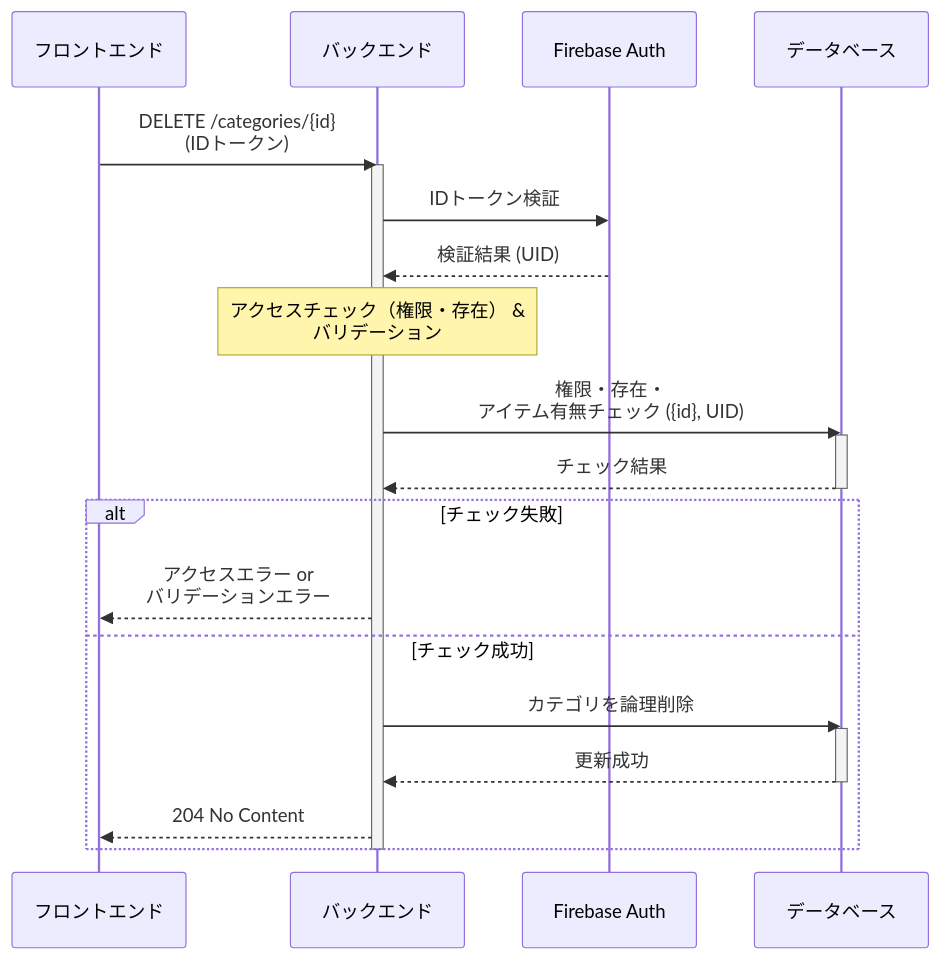
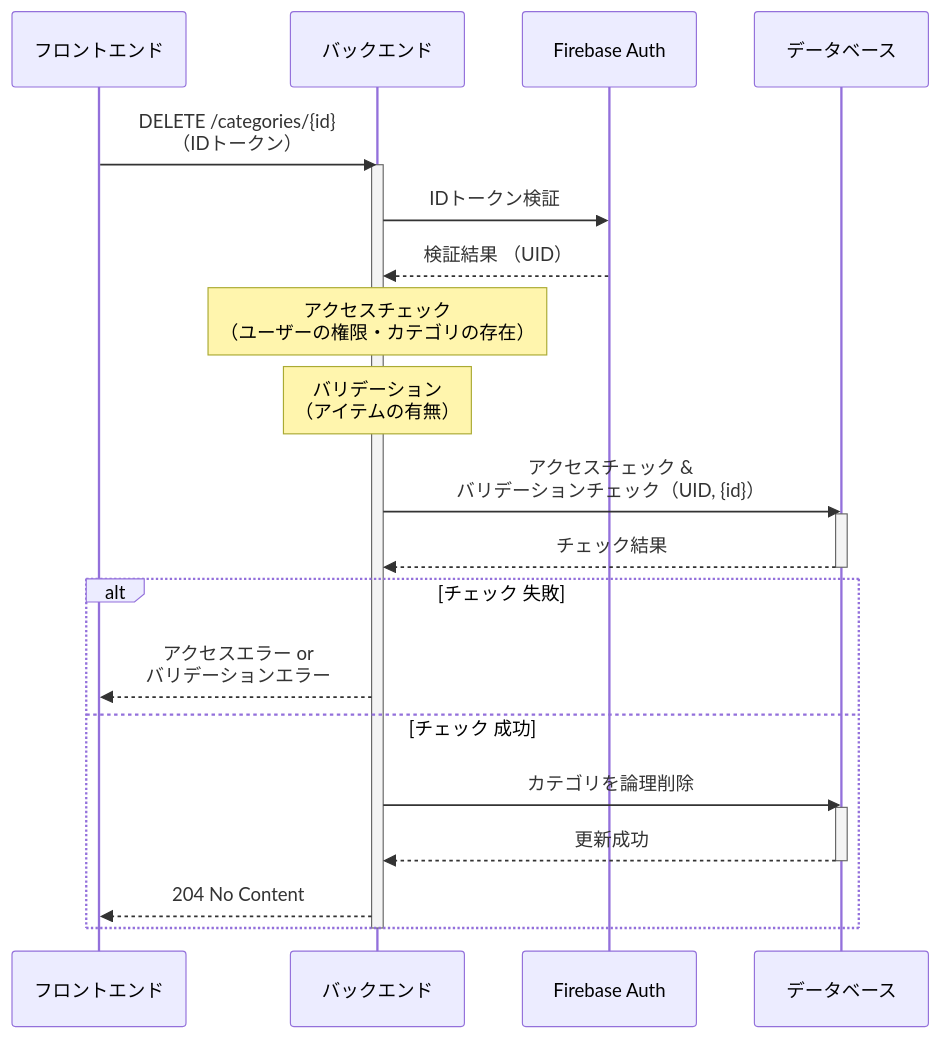
The fifth of 9 diagrams in doc/seaquence.md (miki-hayashi-71/inventory-api), drawn with Mermaid before and after one commit. The commit also changed other lines of this file, not shown here.

Commit message:
docs: Revise sequence diagram to clarify subjects and improve layout

````diff
--- a/doc/seaquence.md
+++ b/doc/seaquence.md
@@ -142,30 +137,31 @@
 ```mermaid
 sequenceDiagram
     participant フロントエンド
     participant バックエンド
     participant Firebase Auth
     participant データベース
 
-    フロントエンド->>バックエンド: DELETE /categories/{id} <br> (IDトークン)
+    フロントエンド->>バックエンド: DELETE /categories/{id} <br>（IDトークン）
     activate バックエンド
     バックエンド->>Firebase Auth: IDトークン検証
-    Firebase Auth-->>バックエンド: 検証結果 (UID)
+    Firebase Auth-->>バックエンド: 検証結果 （UID）
 
-    note over バックエンド: アクセスチェック（権限・存在） & <br> バリデーション
-    バックエンド->>データベース: 権限・存在・ <br> アイテム有無チェック ({id}, UID)
+    note over バックエンド: アクセスチェック <br>（ユーザーの権限・カテゴリの存在） 
+    note over バックエンド: バリデーション <br>（アイテムの有無）
+    バックエンド->>データベース: アクセスチェック & <br>バリデーションチェック（UID, {id}）
     activate データベース
     データベース-->>バックエンド: チェック結果
     deactivate データベース
 
-    alt チェック失敗
+    alt チェック 失敗
         バックエンド-->>フロントエンド: アクセスエラー or <br> バリデーションエラー
-    else チェック成功
+    else チェック 成功
         バックエンド->>データベース: カテゴリを論理削除
         activate データベース
         データベース-->>バックエンド: 更新成功
         deactivate データベース
         バックエンド-->>フロントエンド: 204 No Content
     end
     deactivate バックエンド
 
 ```
````
